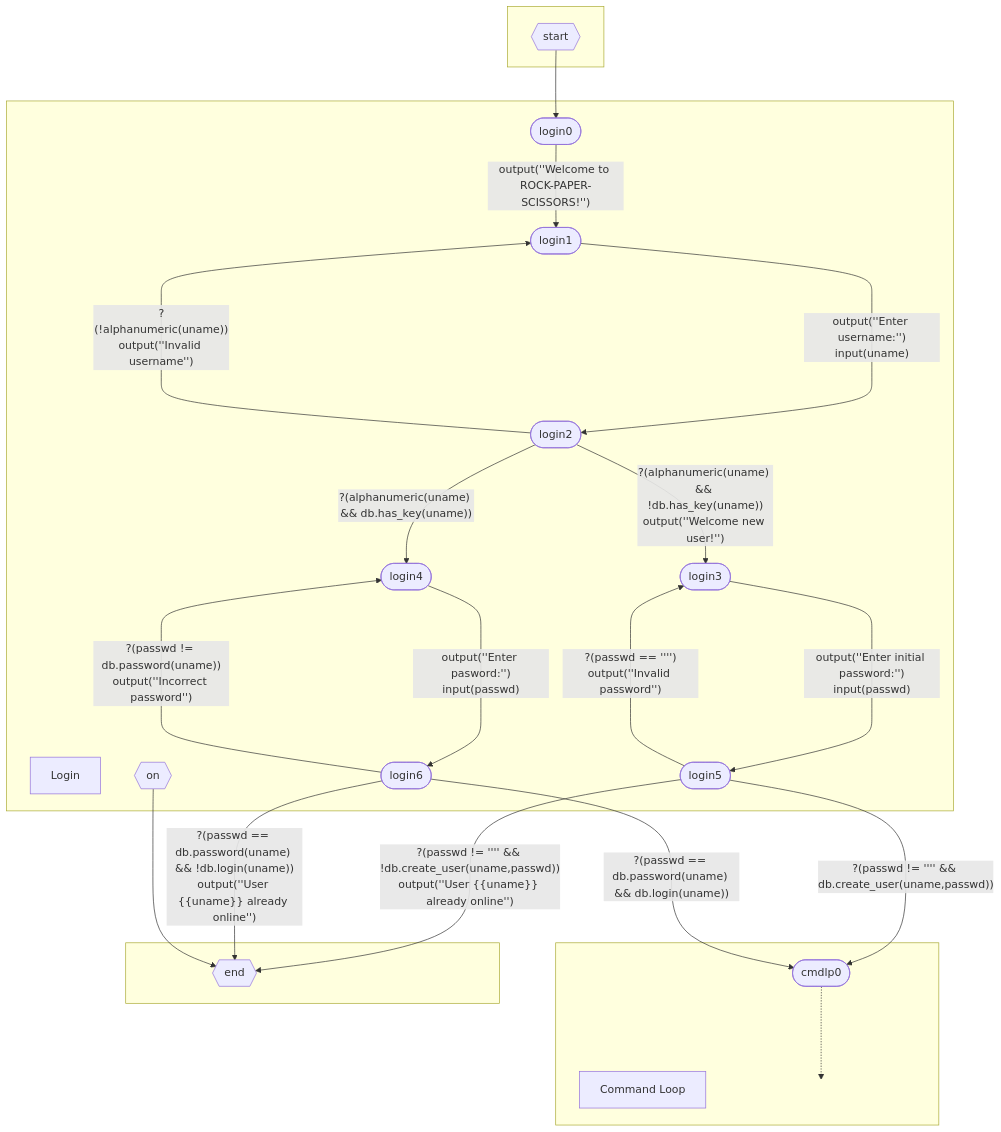
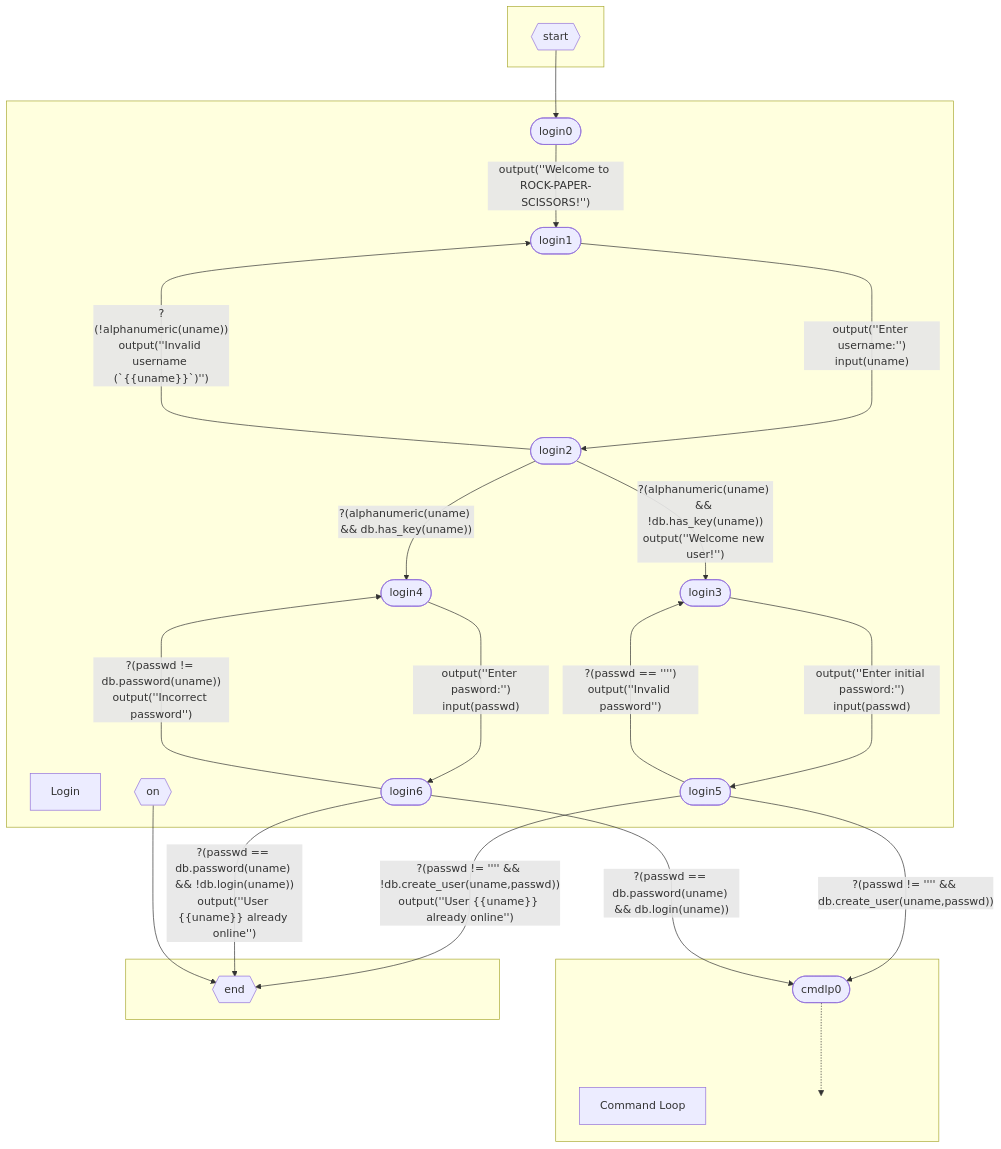
One commit to jianliao/MTFPSR changed the diagram in prog06/assets/login-state-diagram.mmd. Above: the diagram before and after it, drawn with Mermaid. The commit also changed 7 other files, not shown here.

Commit message:
Update prog06 state diagrams

```diff
--- a/prog06/assets/login-state-diagram.mmd
+++ b/prog06/assets/login-state-diagram.mmd
@@ -1,52 +1,52 @@
 graph TD
     subgraph STARTSG [ ]
       START{{start}}
     end
     subgraph Login [ ]
       login_title["Login"]
       login_disconnect{{on <disconnect>}}
       login0([login0])
       login1([login1])
       login2([login2])
       login3([login3])
       login4([login4])
       login5([login5])
       login6([login6])
     end
     subgraph CommandLoop [ ]
       cmdlp_title["Command Loop"]
       cmdlp0([cmdlp0])
       cmdlp0 -..-> cmdlpb[" "]
     end
     subgraph ENDSG [ ]
       END{{end}}
     end
 
     START -->|"<connect>"| login0
 
 
     login0 -->|"output(''Welcome to ROCK-PAPER-SCISSORS!'')"| login1
 
     login1 ---->|"output(''Enter username:'')<br>input(uname)"| login2
 
-    login2 -->|"?(!alphanumeric(uname))<br/>output(''Invalid username'')"| login1
+    login2 -->|"?(!alphanumeric(uname))<br/>output(''Invalid username (`{{uname}}`)'')"| login1
     login2 -->|"?(alphanumeric(uname) && !db.has_key(uname))<br/>output(''Welcome new user!'')"| login3
     login2 -->|"?(alphanumeric(uname) && db.has_key(uname))"| login4
 
     login3 ---->|"output(''Enter initial password:'')<br>input(passwd)"| login5
 
     login5 -->|"?(passwd != '''' && db.create_user(uname,passwd))"| cmdlp0
     login5 -->|"?(passwd != '''' && !db.create_user(uname,passwd))<br>output(''User {{uname}} already online'')<br><terminate>"| END
     login5 -->|"?(passwd == '''')<br>output(''Invalid password'')"| login3
 
     login4 ---->|"output(''Enter pasword:'')<br>input(passwd)"| login6
 
     login6 -->|"?(passwd == db.password(uname) && db.login(uname))"| cmdlp0
     login6 -->|"?(passwd == db.password(uname) && !db.login(uname))<br>output(''User {{uname}} already online'')<br><terminate>"| END
     login6 -->|"?(passwd != db.password(uname))<br>output(''Incorrect password'')"| login4
 
     login_disconnect --> END
 
 
     classDef invisible visibility:hidden;
     class cmdlpb invisible
```
